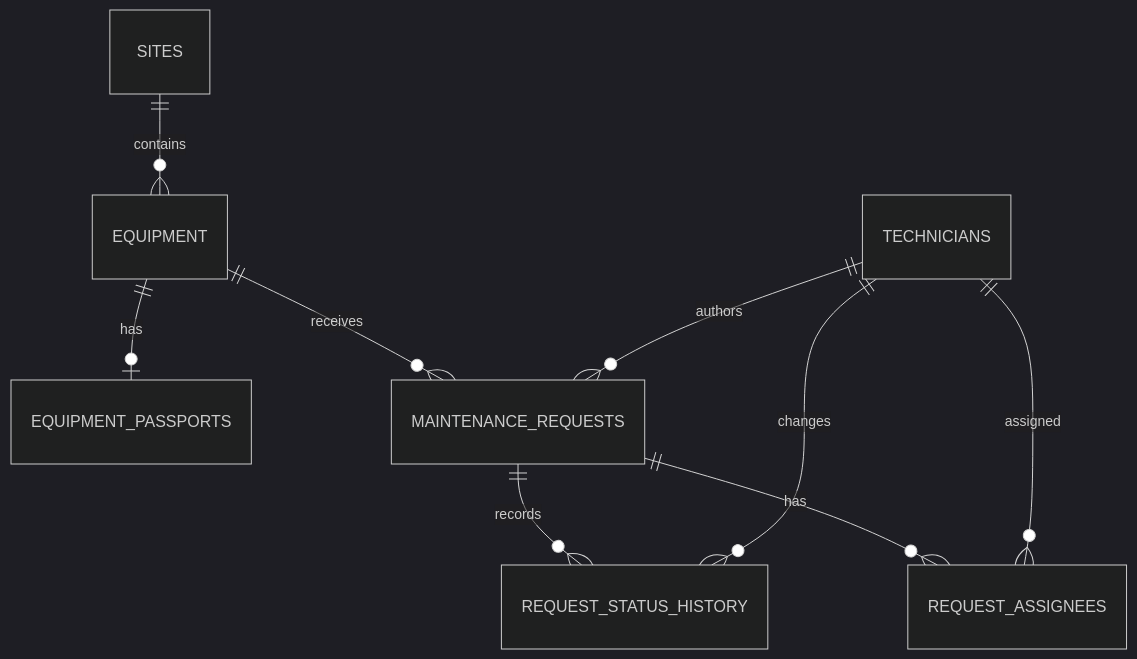
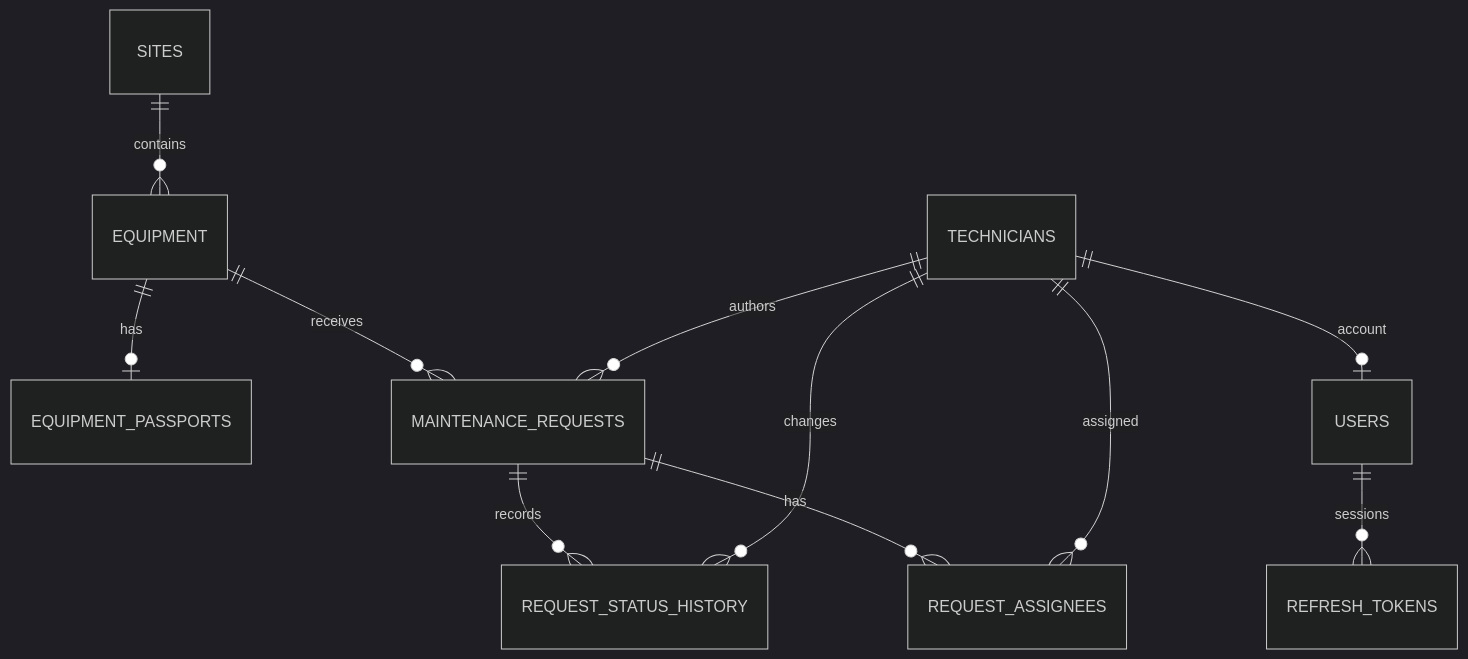
Before and after one commit to Landin-droid/express-equipment-service: the second of 3 diagrams in README.md, drawn with Mermaid (dark theme). The commit also changed other lines of this file and 1 other file, not shown here.

````diff
--- a/README.md
+++ b/README.md
@@ -97,11 +169,13 @@
 ```mermaid
 erDiagram
-  SITES ||--o{ EQUIPMENT : contains
-  EQUIPMENT ||--o| EQUIPMENT_PASSPORTS : has
-  EQUIPMENT ||--o{ MAINTENANCE_REQUESTS : receives
-  TECHNICIANS ||--o{ MAINTENANCE_REQUESTS : authors
-  MAINTENANCE_REQUESTS ||--o{ REQUEST_STATUS_HISTORY : records
-  TECHNICIANS ||--o{ REQUEST_STATUS_HISTORY : changes
-  MAINTENANCE_REQUESTS ||--o{ REQUEST_ASSIGNEES : has
-  TECHNICIANS ||--o{ REQUEST_ASSIGNEES : assigned
+    SITES ||--o{ EQUIPMENT : contains
+    EQUIPMENT ||--o| EQUIPMENT_PASSPORTS : has
+    EQUIPMENT ||--o{ MAINTENANCE_REQUESTS : receives
+    TECHNICIANS ||--o{ MAINTENANCE_REQUESTS : authors
+    MAINTENANCE_REQUESTS ||--o{ REQUEST_STATUS_HISTORY : records
+    TECHNICIANS ||--o{ REQUEST_STATUS_HISTORY : changes
+    MAINTENANCE_REQUESTS ||--o{ REQUEST_ASSIGNEES : has
+    TECHNICIANS ||--o{ REQUEST_ASSIGNEES : assigned
+    TECHNICIANS ||--o| USERS : account
+    USERS ||--o{ REFRESH_TOKENS : sessions
 ```
````
